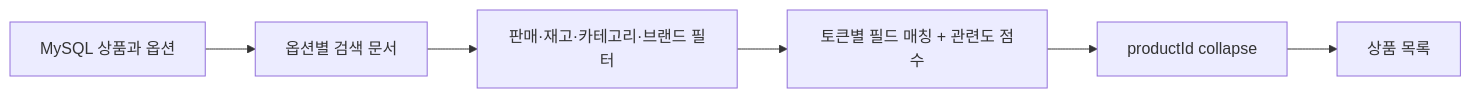
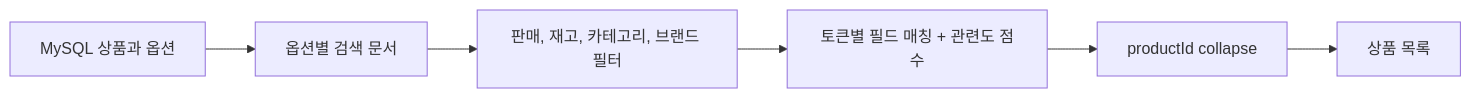
Before and after one commit to K-MarkLee/musinsa_server: the diagram in docs/ko/improvements/product-search.md, drawn with Mermaid. The commit also changed other lines of this file and 25 other files, not shown here.

````diff
--- a/docs/ko/improvements/product-search.md
+++ b/docs/ko/improvements/product-search.md
@@ -129,8 +117,8 @@
 ```mermaid
 flowchart LR
     A[MySQL 상품과 옵션] --> B[옵션별 검색 문서]
-    B --> C[판매·재고·카테고리·브랜드 필터]
+    B --> C[판매, 재고, 카테고리, 브랜드 필터]
     C --> D[토큰별 필드 매칭 + 관련도 점수]
     D --> E[productId collapse]
     E --> F[상품 목록]
 ```
````
